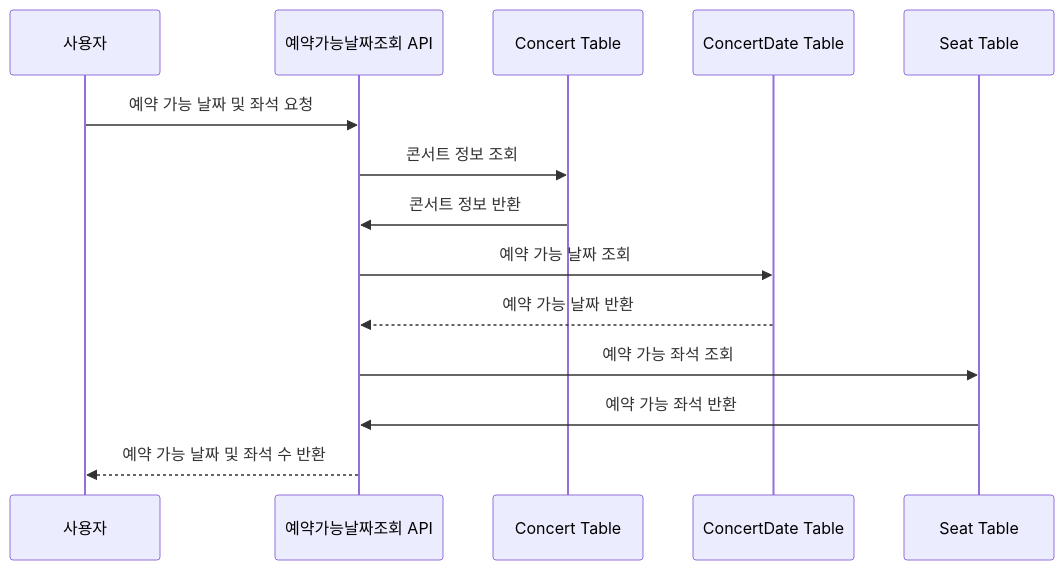
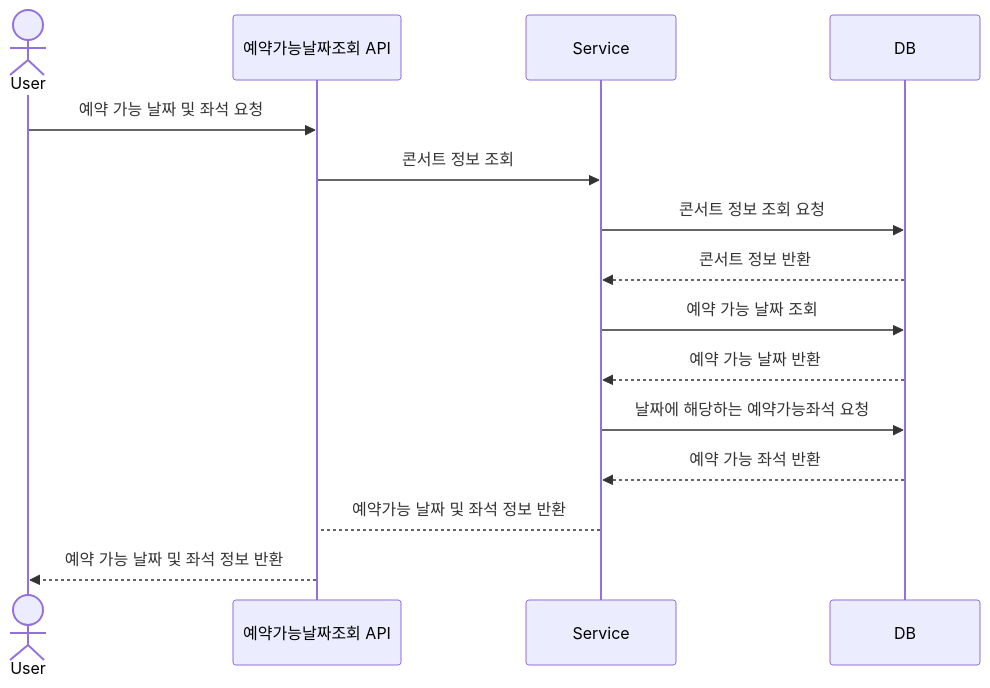
The third of 5 diagrams in README.md (maiorem/ticket-reservation), drawn with Mermaid before and after one commit. The commit also changed other lines of this file, not shown here.

Commit message:
set: 마일스톤 및 시퀀스 다이어그램 작성

````diff
--- a/README.md
+++ b/README.md
@@ -119,19 +121,20 @@
 ```mermaid
 sequenceDiagram
-    participant 사용자
+    actor User
     participant 예약가능날짜조회 API
-    participant Concert Table
-    participant ConcertDate Table
-    participant Seat Table
+    participant Service
+    participant DB
 
+    User->>예약가능날짜조회 API: 예약 가능 날짜 및 좌석 요청
+    예약가능날짜조회 API->>Service: 콘서트 정보 조회
+    Service->>DB: 콘서트 정보 조회 요청
+    DB -->> Service:콘서트 정보 반환
 
-    사용자->>예약가능날짜조회 API: 예약 가능 날짜 및 좌석 요청
-    예약가능날짜조회 API->>Concert Table: 콘서트 정보 조회
-    Concert Table->>예약가능날짜조회 API: 콘서트 정보 반환
-    예약가능날짜조회 API->>ConcertDate Table: 예약 가능 날짜 조회
-    ConcertDate Table-->>예약가능날짜조회 API: 예약 가능 날짜 반환
-    예약가능날짜조회 API->>Seat Table: 예약 가능 좌석 조회
-    Seat Table->>예약가능날짜조회 API: 예약 가능 좌석 반환
-    예약가능날짜조회 API-->>사용자: 예약 가능 날짜 및 좌석 수 반환
+    Service->>DB: 예약 가능 날짜 조회
+    DB-->>Service: 예약 가능 날짜 반환
+    Service->>DB: 날짜에 해당하는 예약가능좌석 요청
+    DB-->>Service: 예약 가능 좌석 반환
+    Service-->예약가능날짜조회 API:예약가능 날짜 및 좌석 정보 반환
+    예약가능날짜조회 API-->>User: 예약 가능 날짜 및 좌석 정보 반환
 
 ```
````
